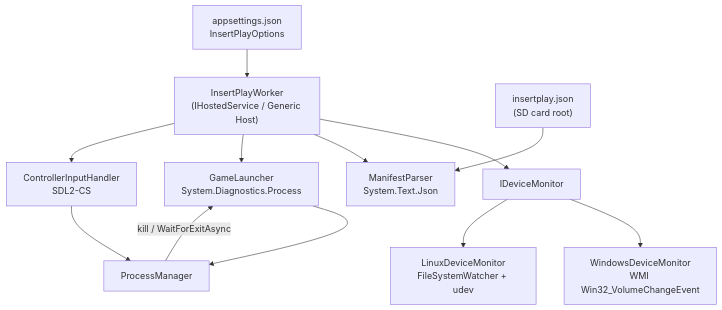
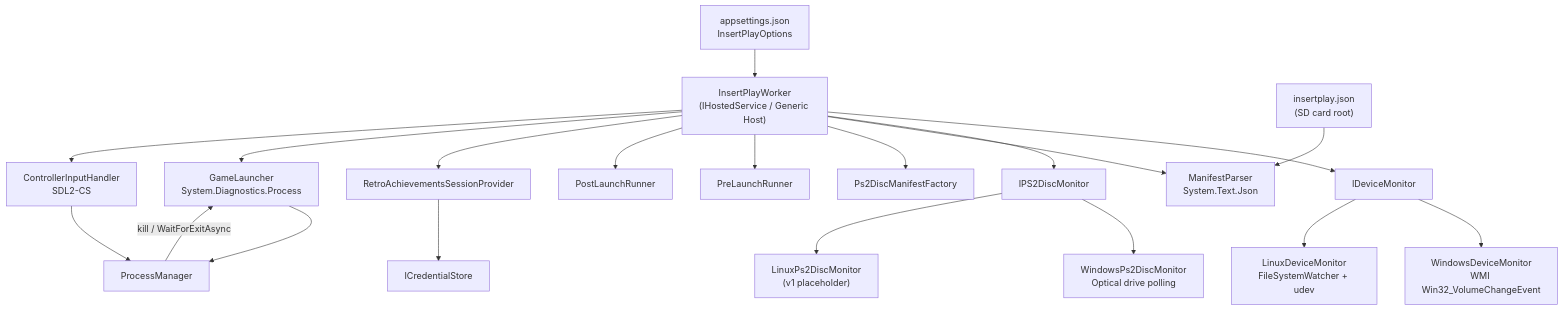
The first of 4 diagrams in docs/architecture.md (insert-play/insert-play-service), drawn with Mermaid before and after one commit. The commit also changed other lines of this file and 3 other files, not shown here.

````diff
--- a/docs/architecture.md
+++ b/docs/architecture.md
@@ -17,25 +17,41 @@
 ```mermaid
 graph TD
     Host["InsertPlayWorker\n(IHostedService / Generic Host)"]
     DM["IDeviceMonitor"]
+    PM2["IPS2DiscMonitor"]
     WDM["WindowsDeviceMonitor\nWMI Win32_VolumeChangeEvent"]
     LDM["LinuxDeviceMonitor\nFileSystemWatcher + udev"]
+    WPM2["WindowsPs2DiscMonitor\nOptical drive polling"]
+    LPM2["LinuxPs2DiscMonitor\n(v1 placeholder)"]
     MP["ManifestParser\nSystem.Text.Json"]
+    P2MF["Ps2DiscManifestFactory"]
+    PR["PreLaunchRunner"]
+    POR["PostLaunchRunner"]
+    RA["RetroAchievementsSessionProvider"]
+    CS["ICredentialStore"]
     GL["GameLauncher\nSystem.Diagnostics.Process"]
     PM["ProcessManager"]
     CI["ControllerInputHandler\nSDL2-CS"]
     Config["appsettings.json\nInsertPlayOptions"]
     Manifest["insertplay.json\n(SD card root)"]
 
     Host --> DM
+    Host --> PM2
     DM --> WDM
     DM --> LDM
+    PM2 --> WPM2
+    PM2 --> LPM2
     Host --> MP
+    Host --> P2MF
+    Host --> PR
+    Host --> POR
+    Host --> RA
+    RA --> CS
     Host --> GL
     Host --> CI
     GL --> PM
     CI --> PM
     Config --> Host
     Manifest --> MP
     PM -->|"kill / WaitForExitAsync"| GL
 ```
````
